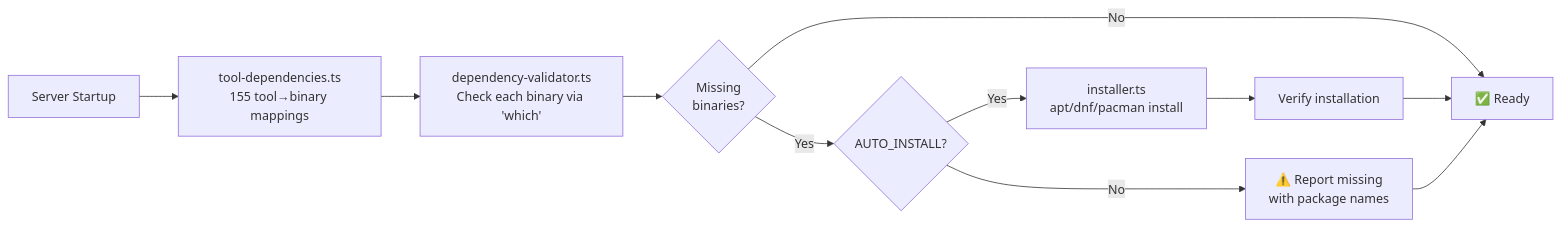
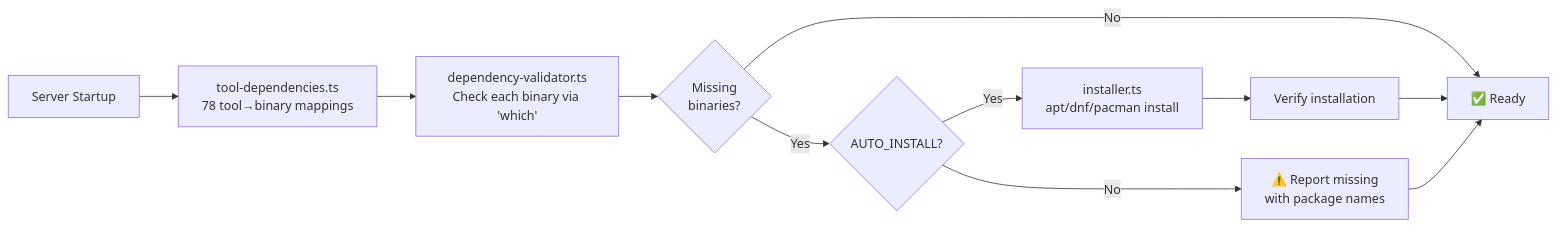
Before and after one commit to bottobot/defense-mcp-server: the fourth of 4 diagrams in README.md, drawn with Mermaid. The commit also changed other lines of this file and 64 other files, not shown here.

````diff
--- a/README.md
+++ b/README.md
@@ -801,13 +512,13 @@
 ```mermaid
 flowchart LR
-    A["Server Startup"] --> B["tool-dependencies.ts<br/>155 tool→binary mappings"]
+    A["Server Startup"] --> B["tool-dependencies.ts<br/>78 tool→binary mappings"]
     B --> C["dependency-validator.ts<br/>Check each binary via 'which'"]
     C --> D{"Missing<br/>binaries?"}
     D -->|No| E["✅ Ready"]
     D -->|Yes| F{"AUTO_INSTALL?"}
     F -->|Yes| G["installer.ts<br/>apt/dnf/pacman install"]
     G --> H["Verify installation"]
     H --> E
     F -->|No| I["⚠️ Report missing<br/>with package names"]
     I --> E
 ```
````
